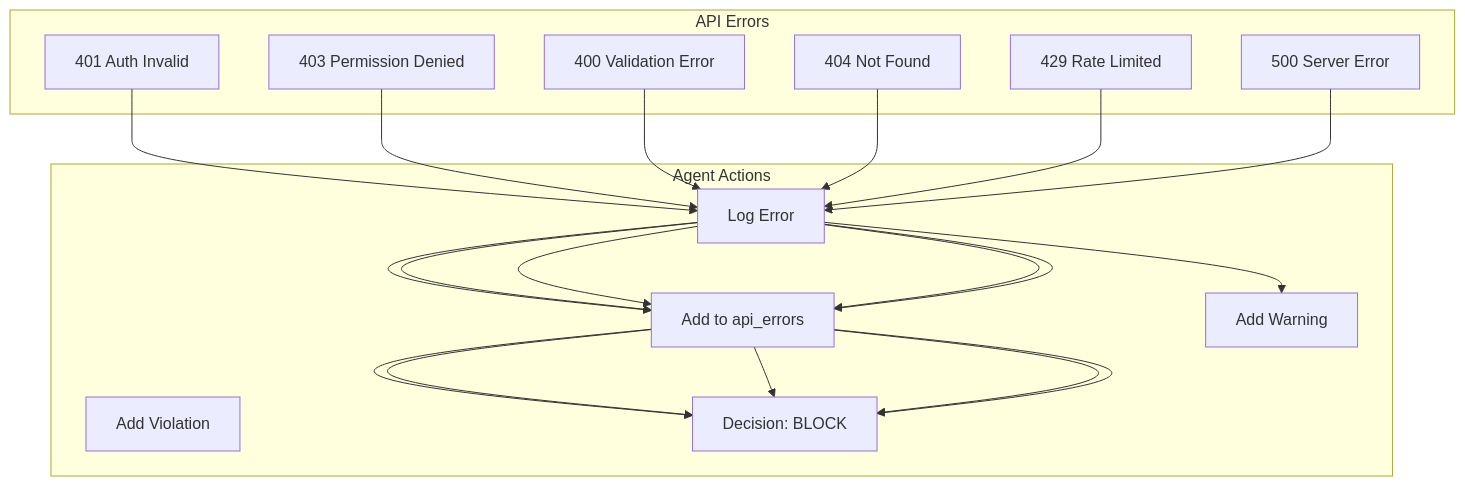
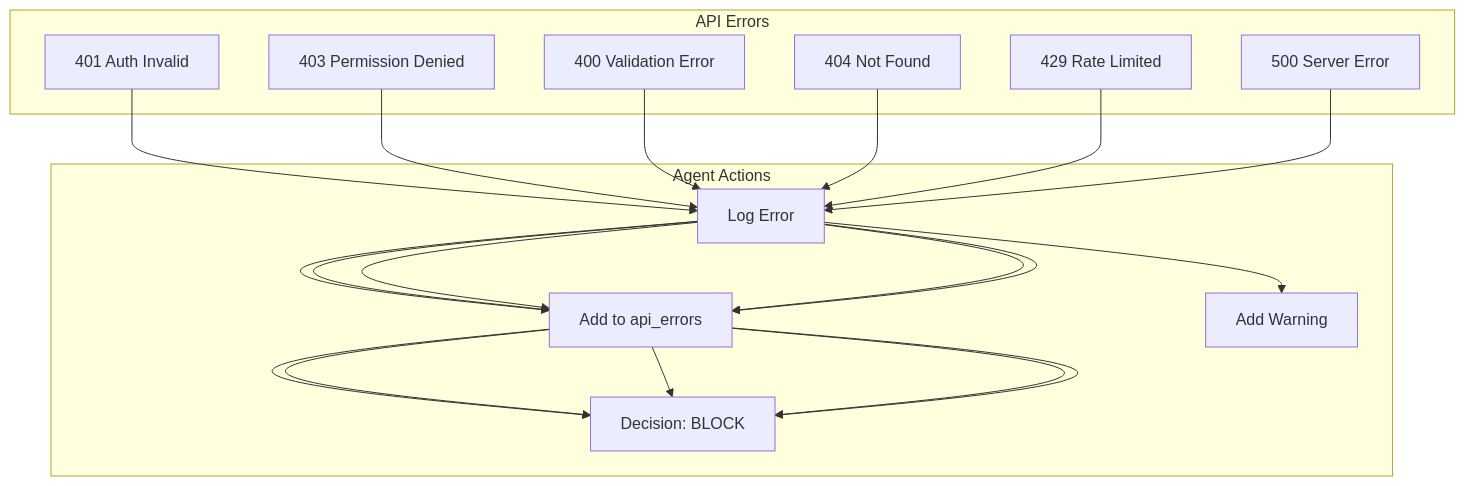
Diagram 17 of 17 in docs/SOLUTION_DESIGN.md (alyab16/Enterprise-Agents-Solutions-Case-Study), drawn with Mermaid before and after one commit. The commit also changed other lines of this file and 2 other files, not shown here.

````diff
--- a/docs/SOLUTION_DESIGN.md
+++ b/docs/SOLUTION_DESIGN.md
@@ -529,26 +726,25 @@
 ```mermaid
 flowchart TD
     subgraph Errors["API Errors"]
         E401[401 Auth Invalid]
         E403[403 Permission Denied]
         E400[400 Validation Error]
         E404[404 Not Found]
         E429[429 Rate Limited]
         E500[500 Server Error]
     end
     
     subgraph Actions["Agent Actions"]
         LOG[Log Error]
         API_ERR[Add to api_errors]
         WARN[Add Warning]
-        VIOL[Add Violation]
         BLOCK_DEC[Decision: BLOCK]
     end
     
     E401 --> LOG --> API_ERR --> BLOCK_DEC
     E403 --> LOG --> API_ERR --> BLOCK_DEC
     E400 --> LOG --> API_ERR --> BLOCK_DEC
     E404 --> LOG --> WARN
     E429 --> LOG --> API_ERR --> BLOCK_DEC
     E500 --> LOG --> API_ERR --> BLOCK_DEC
 ```
````
